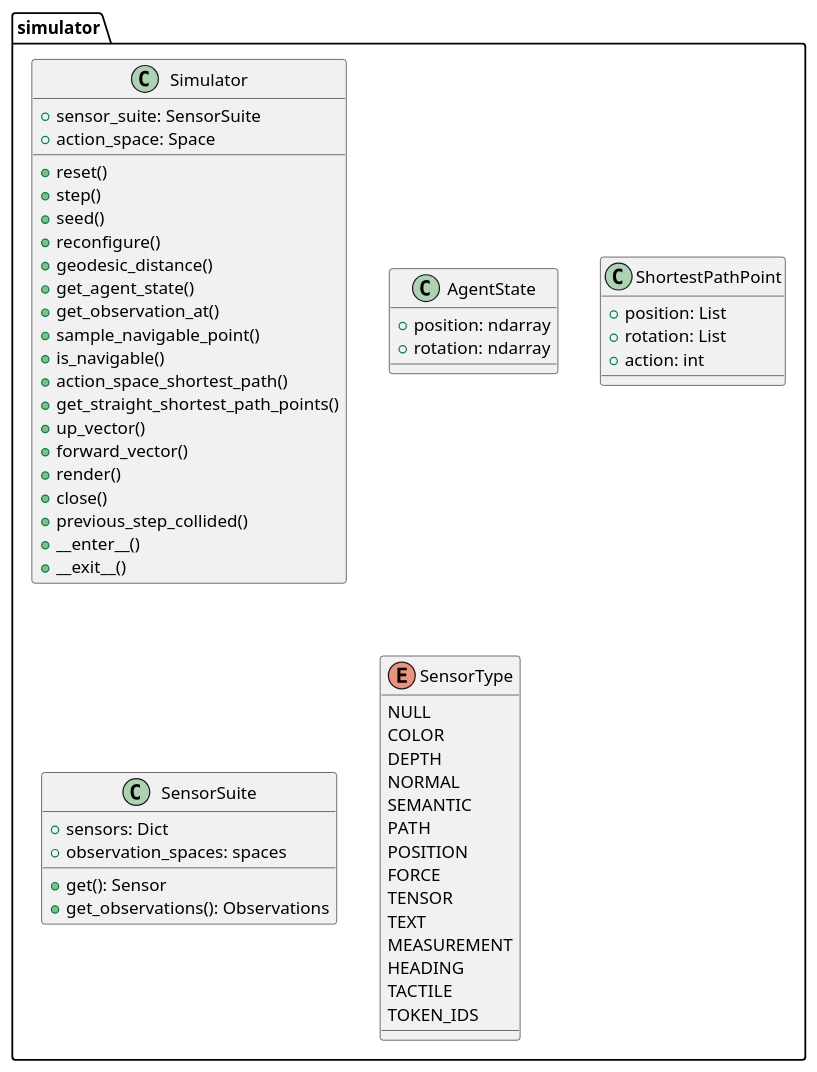
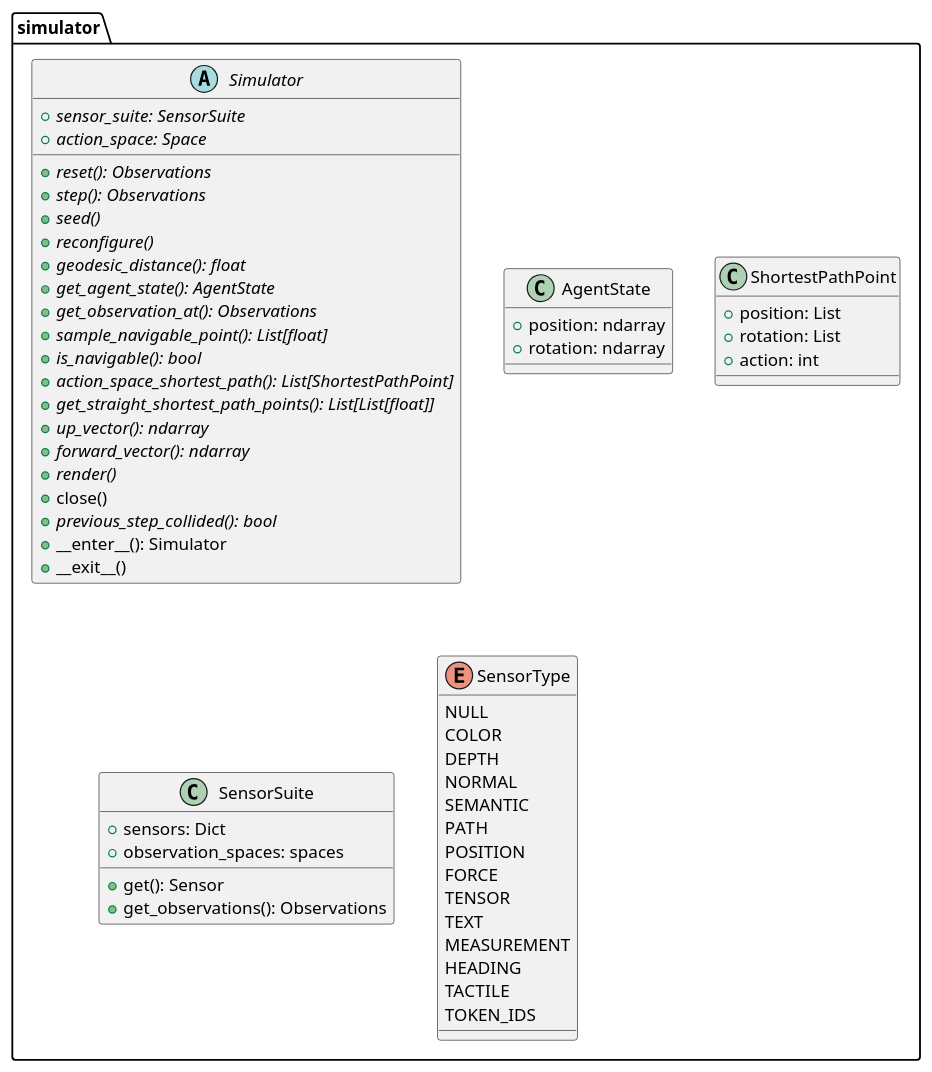
Before and after one commit to againxx/Notes: the fourth of 8 diagrams in Projects/Scanbot/habitat_lab.md, drawn with PlantUML. The commit also changed other lines of this file and 17 other files, not shown here.

````diff
--- a/Projects/Scanbot/habitat_lab.md
+++ b/Projects/Scanbot/habitat_lab.md
@@ -69,62 +101,62 @@
 ```plantuml
 package simulator {
-    class Simulator {
-        +sensor_suite: SensorSuite
-        +action_space: Space
+    abstract class Simulator {
+        {abstract} +sensor_suite: SensorSuite
+        {abstract} +action_space: Space
 
-        +reset()
-        +step()
-        +seed()
-        +reconfigure()
-        +geodesic_distance()
-        +get_agent_state()
-        +get_observation_at()
-        +sample_navigable_point()
-        +is_navigable()
-        +action_space_shortest_path()
-        +get_straight_shortest_path_points()
-        +up_vector()
-        +forward_vector()
-        +render()
+        {abstract} +reset(): Observations
+        {abstract} +step(): Observations
+        {abstract} +seed()
+        {abstract} +reconfigure()
+        {abstract} +geodesic_distance(): float
+        {abstract} +get_agent_state(): AgentState
+        {abstract} +get_observation_at(): Observations
+        {abstract} +sample_navigable_point(): List[float]
+        {abstract} +is_navigable(): bool
+        {abstract} +action_space_shortest_path(): List[ShortestPathPoint]
+        {abstract} +get_straight_shortest_path_points(): List[List[float]]
+        {abstract} +up_vector(): ndarray
+        {abstract} +forward_vector(): ndarray
+        {abstract} +render()
         +close()
-        +previous_step_collided()
-        +__enter__()
+        {abstract} +previous_step_collided(): bool
+        +__enter__(): Simulator
         +__exit__()
     }
 
     class AgentState {
         +position: ndarray
         +rotation: ndarray
     }
 
     class ShortestPathPoint {
         +position: List
         +rotation: List
         +action: int
     }
 
     class SensorSuite {
         +sensors: Dict
         +observation_spaces: spaces
         +get(): Sensor
         +get_observations(): Observations
     }
 
     enum SensorType {
         NULL
         COLOR
         DEPTH
         NORMAL
         SEMANTIC
         PATH
         POSITION
         FORCE
         TENSOR
         TEXT
         MEASUREMENT
         HEADING
         TACTILE
         TOKEN_IDS
     }
 }
 ```
````
